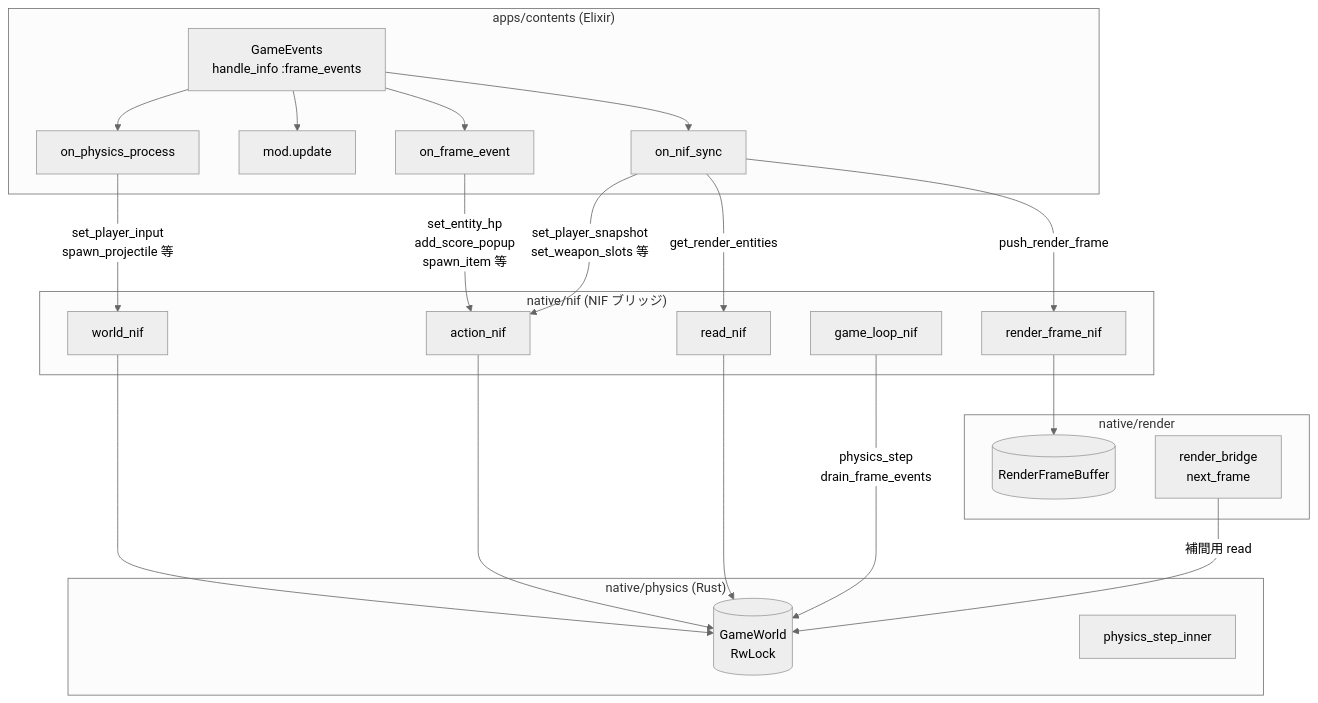
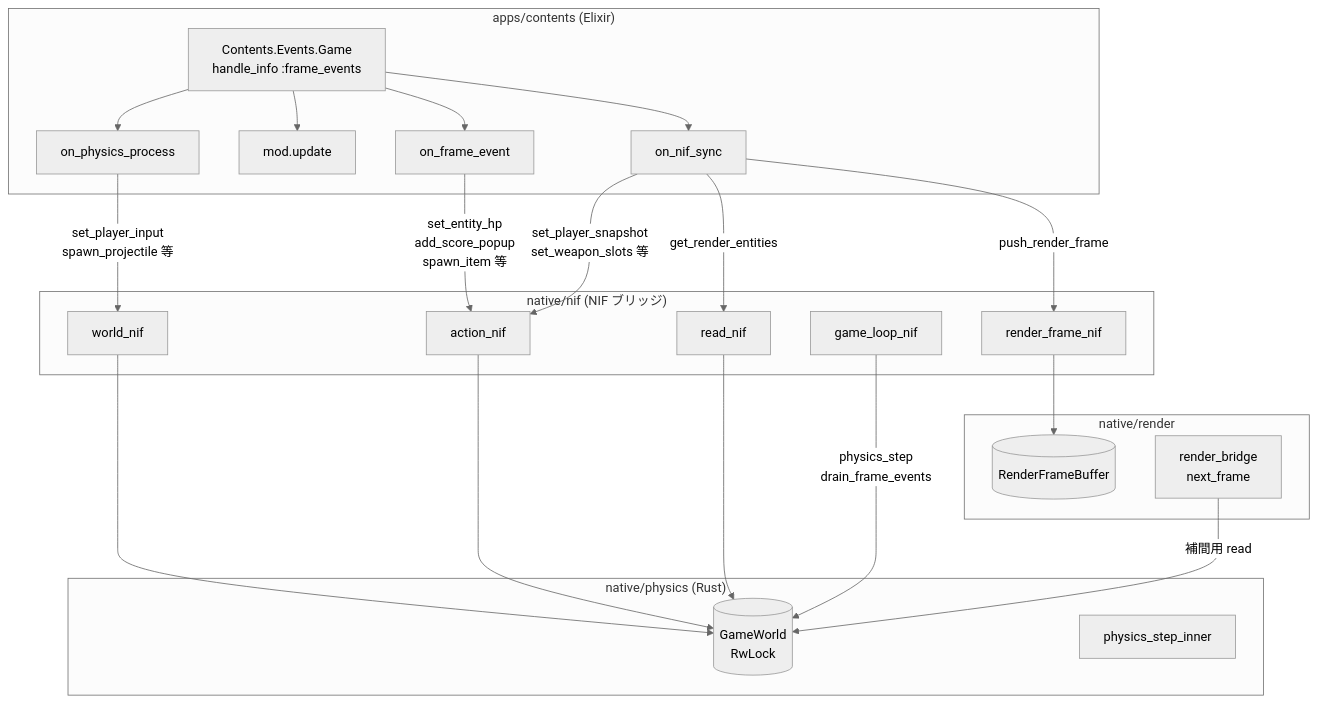
Before and after one commit to FRICK-ELDY/alchemy-engine: the first of 7 diagrams in docs/architecture/contents-to-physics-bottlenecks.md, drawn with Mermaid (neutral theme). The commit also changed other lines of this file and 21 other files, not shown here.

````diff
--- a/docs/architecture/contents-to-physics-bottlenecks.md
+++ b/docs/architecture/contents-to-physics-bottlenecks.md
@@ -10,46 +12,46 @@
 ```mermaid
 flowchart TB
     subgraph Elixir["apps/contents (Elixir)"]
-        GE[GameEvents<br/>handle_info :frame_events]
+        GE[Contents.Events.Game<br/>handle_info :frame_events]
         FE[on_frame_event]
         UP[mod.update]
         PP[on_physics_process]
         NS[on_nif_sync]
         
         GE --> FE
         GE --> UP
         GE --> PP
         GE --> NS
     end
     
     subgraph NIF["native/nif (NIF ブリッジ)"]
         WN[world_nif]
         AN[action_nif]
         RN[read_nif]
         RFN[render_frame_nif]
         GL[game_loop_nif]
     end
     
     subgraph Physics["native/physics (Rust)"]
         GW[(GameWorld<br/>RwLock)]
         PS[physics_step_inner]
     end
     
     subgraph Render["native/render"]
         RFB[(RenderFrameBuffer)]
         RB[render_bridge<br/>next_frame]
     end
     
     FE --> |set_entity_hp<br/>add_score_popup<br/>spawn_item 等| AN
     PP --> |set_player_input<br/>spawn_projectile 等| WN
     NS --> |set_player_snapshot<br/>set_weapon_slots 等| AN
     NS --> |get_render_entities| RN
     NS --> |push_render_frame| RFN
     
     WN --> GW
     AN --> GW
     RN --> GW
     GL --> |physics_step<br/>drain_frame_events| GW
     RFN --> RFB
     RB --> |補間用 read| GW
 ```
````
